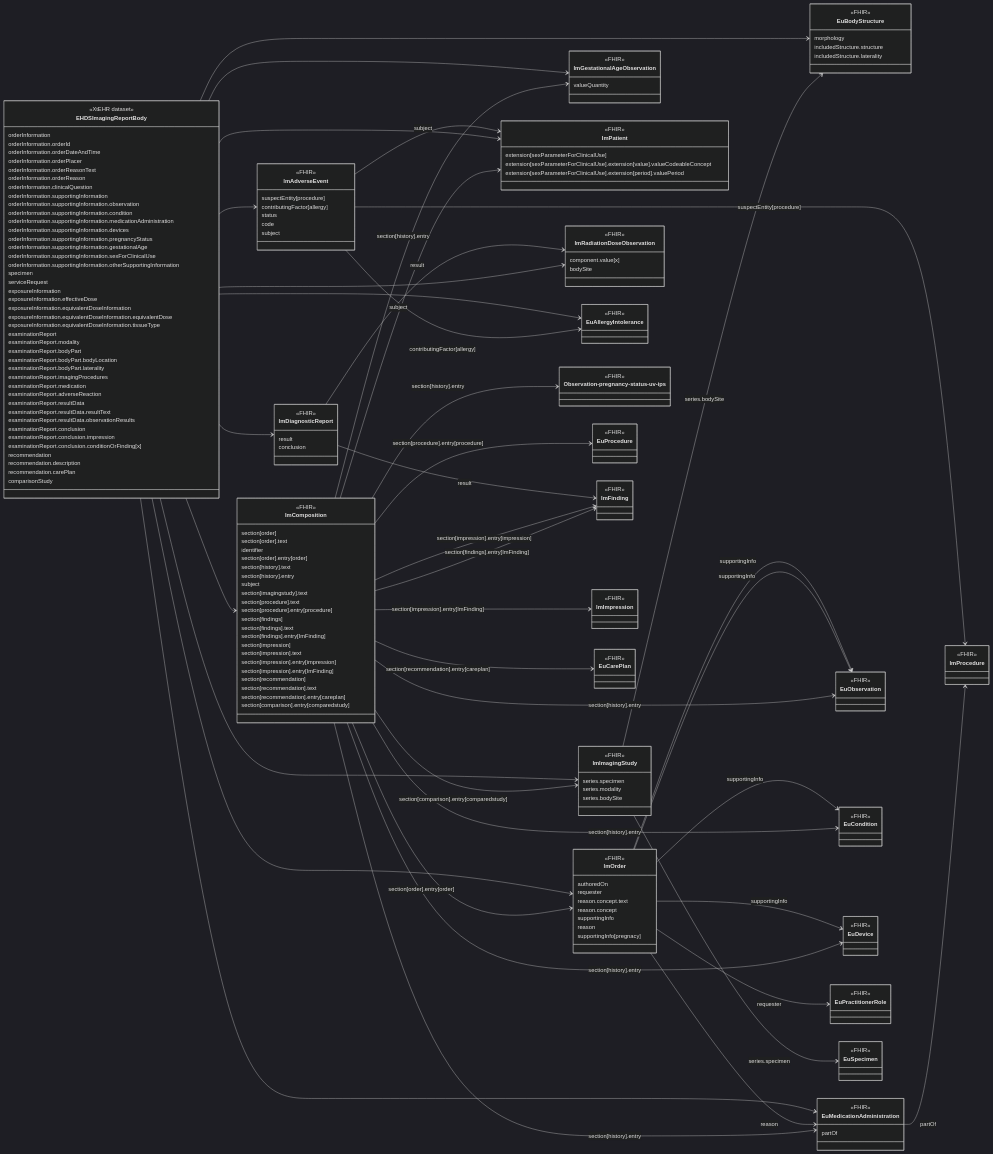
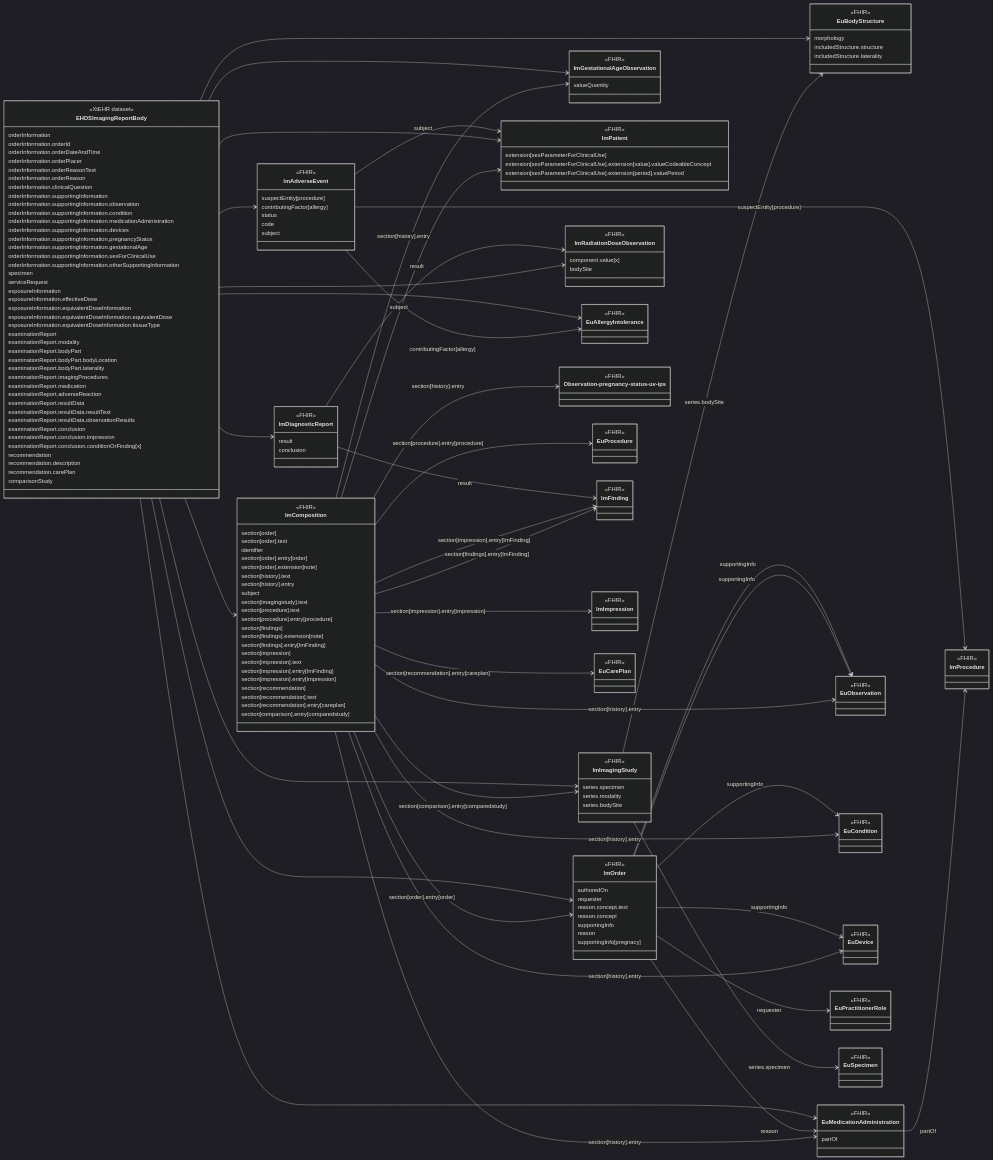
Before and after one commit to oijauregui/ehdsimaging: the diagram in input/intro-notes/ConceptMap-EHDSImagingReportBodyMap-intro.md, drawn with Mermaid (dark theme). The commit also changed 7 other files, not shown here.

Commit message:
Replaced mapping from section.text onto section.extension[note]

```diff
--- a/input/intro-notes/ConceptMap-EHDSImagingReportBodyMap-intro.md
+++ b/input/intro-notes/ConceptMap-EHDSImagingReportBodyMap-intro.md
@@ -56,6 +56,7 @@
   section[order].text
   identifier
   section[order].entry[order]
+  section[order].extension[note]
   section[history].text
   section[history].entry
   subject
@@ -63,12 +64,12 @@
   section[procedure].text
   section[procedure].entry[procedure]
   section[findings]
-  section[findings].text
+  section[findings].extension[note]
   section[findings].entry[ImFinding]
   section[impression]
   section[impression].text
+  section[impression].entry[ImFinding]
   section[impression].entry[impression]
-  section[impression].entry[ImFinding]
   section[recommendation]
   section[recommendation].text
   section[recommendation].entry[careplan]
@@ -210,8 +211,8 @@
 ImComposition --> ImPatient : subject
 ImComposition --> EuProcedure : section[procedure].entry[procedure]
 ImComposition --> ImFinding : section[findings].entry[ImFinding]
-ImComposition --> ImFinding : section[impression].entry[impression]
-ImComposition --> ImImpression : section[impression].entry[ImFinding]
+ImComposition --> ImFinding : section[impression].entry[ImFinding]
+ImComposition --> ImImpression : section[impression].entry[impression]
 ImComposition --> EuCarePlan : section[recommendation].entry[careplan]
 ImComposition --> ImImagingStudy : section[comparison].entry[comparedstudy]
 EHDSImagingReportBody --> ImOrder
```
